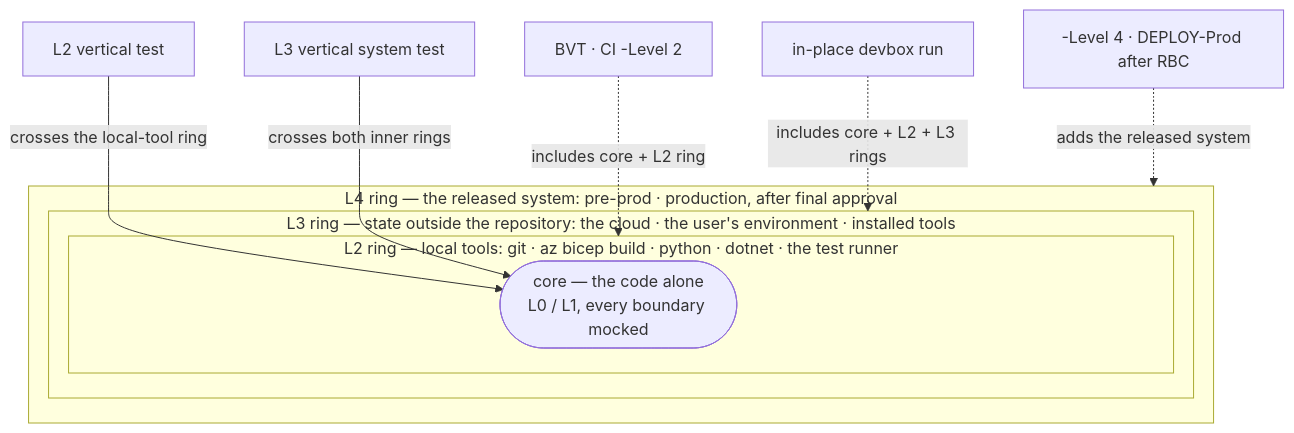
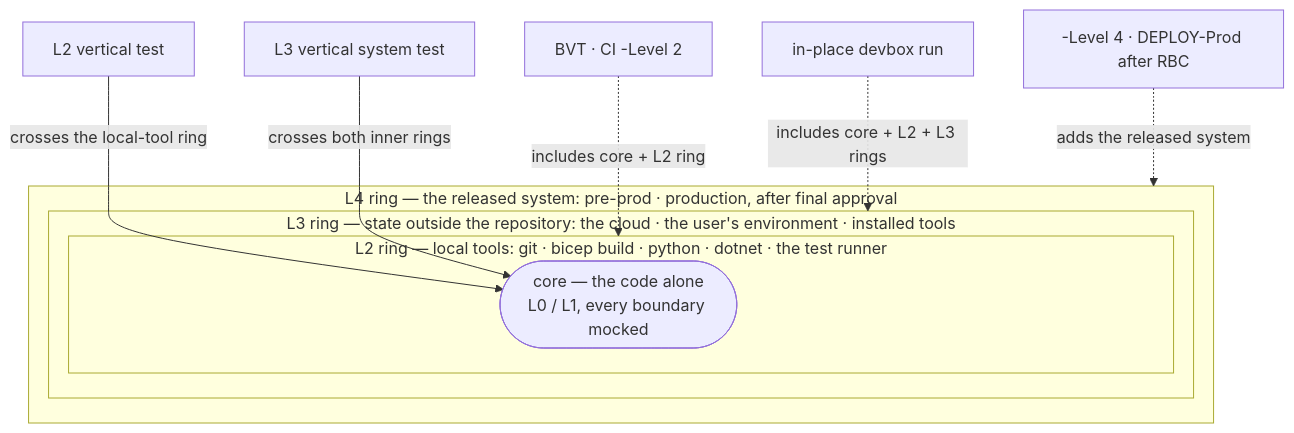
One commit to casperease/catzc changed the diagram in docs/drs/automation/test-automation.md. Above: the diagram before and after it, drawn with Mermaid. The commit also changed other lines of this file and 577 other files, not shown here.

````diff
--- a/docs/drs/automation/test-automation.md
+++ b/docs/drs/automation/test-automation.md
@@ -532,15 +532,15 @@
 ```mermaid
 flowchart TB
     subgraph ring4["L4 ring — the released system: pre-prod · production, after final approval"]
         subgraph ring3["L3 ring — state outside the repository: the cloud · the user's environment · installed tools"]
-            subgraph ring2["L2 ring — local tools: git · az bicep build · python · dotnet · the test runner"]
+            subgraph ring2["L2 ring — local tools: git · bicep build · python · dotnet · the test runner"]
                 core(["core — the code alone<br/>L0 / L1, every boundary mocked"])
             end
         end
     end
     t2["L2 vertical test"] -- "crosses the local-tool ring" --> core
     t3["L3 vertical system test"] -- "crosses both inner rings" --> core
     bvt["BVT · CI -Level 2"] -. "includes core + L2 ring" .-> ring2
     devbox["in-place devbox run"] -. "includes core + L2 + L3 rings" .-> ring3
     released["-Level 4 · DEPLOY-Prod after RBC"] -. "adds the released system" .-> ring4
 ```
````
